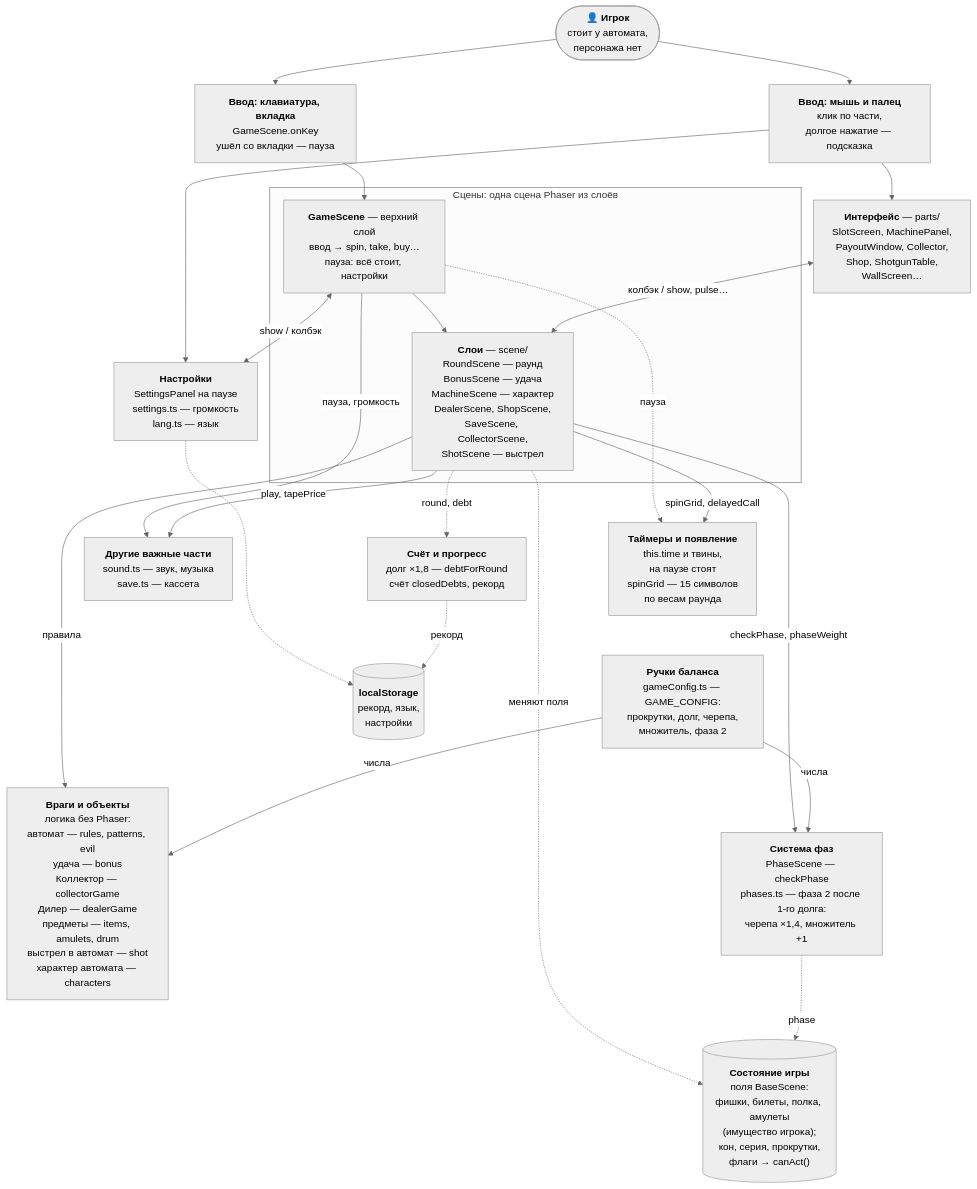
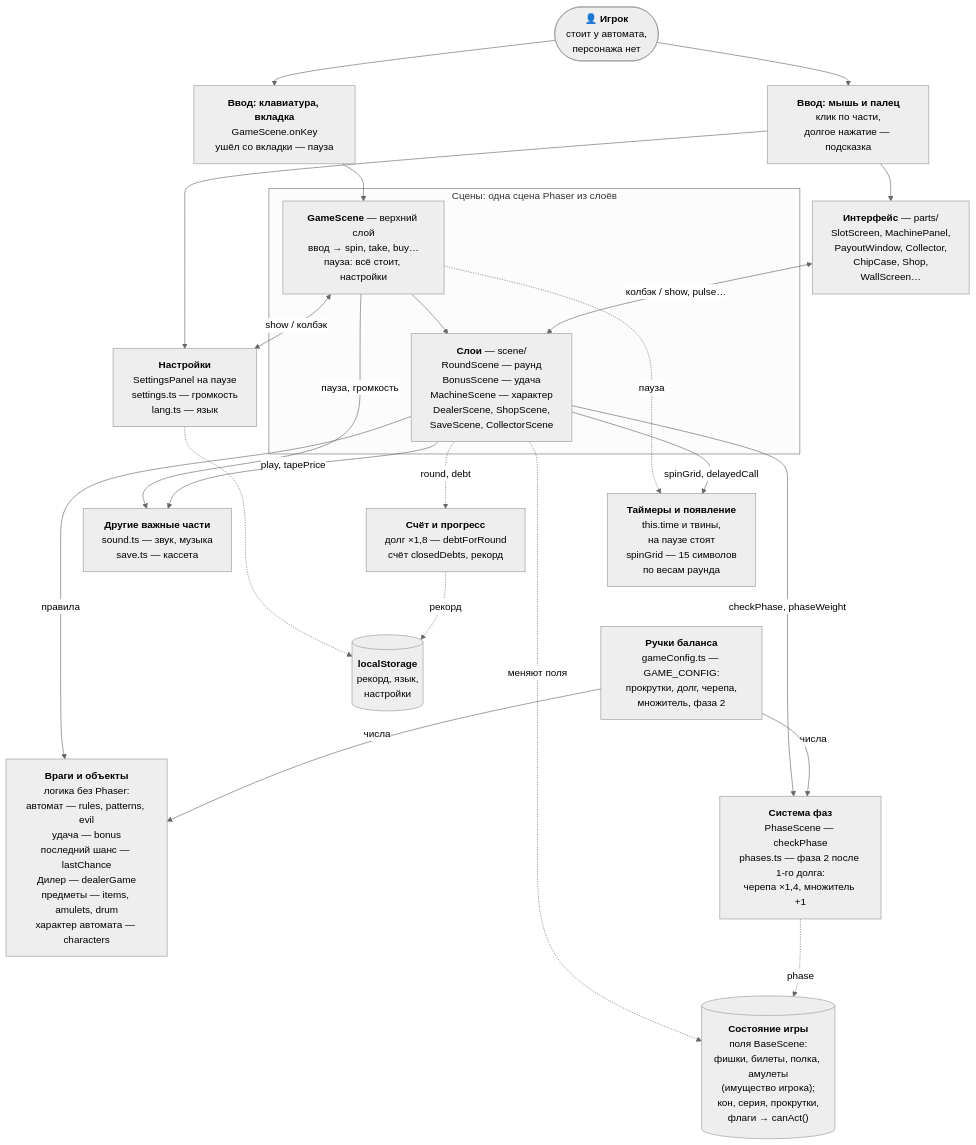
One commit to LILcmetanka/dolgovaya-yama changed the first of 3 diagrams in ARCHITECTURE.md. Above: the diagram before and after it, drawn with Mermaid (neutral theme). The commit also changed other lines of this file and 45 other files, not shown here.

First line of the commit message:
feat: amulet copies, machine change event, items, rerolls, last chance

````diff
--- a/ARCHITECTURE.md
+++ b/ARCHITECTURE.md
@@ -15,44 +15,44 @@
 ```mermaid
 %%{init: {"flowchart": {"nodeSpacing": 20, "rankSpacing": 40}}}%%
 flowchart TB
   PERSON(["👤 <b>Игрок</b><br/>стоит у автомата,<br/>персонажа нет"])
   KEYS["<b>Ввод: клавиатура, вкладка</b><br/>GameScene.onKey<br/>ушёл со вкладки — пауза"]
   POINTER["<b>Ввод: мышь и палец</b><br/>клик по части,<br/>долгое нажатие — подсказка"]
   subgraph SCENE["Сцены: одна сцена Phaser из слоёв"]
     GS["<b>GameScene</b> — верхний слой<br/>ввод → spin, take, buy…<br/>пауза: всё стоит, настройки"]
-    LAYERS["<b>Слои</b> — scene/<br/>RoundScene — раунд<br/>BonusScene — удача<br/>MachineScene — характер<br/>DealerScene, ShopScene,<br/>SaveScene, CollectorScene,<br/>ShotScene — выстрел"]
+    LAYERS["<b>Слои</b> — scene/<br/>RoundScene — раунд<br/>BonusScene — удача<br/>MachineScene — характер<br/>DealerScene, ShopScene,<br/>SaveScene, CollectorScene"]
   end
-  UI["<b>Интерфейс</b> — parts/<br/>SlotScreen, MachinePanel,<br/>PayoutWindow, Collector,<br/>Shop, ShotgunTable,<br/>WallScreen…"]
+  UI["<b>Интерфейс</b> — parts/<br/>SlotScreen, MachinePanel,<br/>PayoutWindow, Collector,<br/>ChipCase, Shop,<br/>WallScreen…"]
   SETTINGS["<b>Настройки</b><br/>SettingsPanel на паузе<br/>settings.ts — громкость<br/>lang.ts — язык"]
-  WORLD["<b>Враги и объекты</b><br/>логика без Phaser:<br/>автомат — rules, patterns, evil<br/>удача — bonus<br/>Коллектор — collectorGame<br/>Дилер — dealerGame<br/>предметы — items, amulets, drum<br/>выстрел в автомат — shot<br/>характер автомата — characters"]
+  WORLD["<b>Враги и объекты</b><br/>логика без Phaser:<br/>автомат — rules, patterns, evil<br/>удача — bonus<br/>последний шанс — lastChance<br/>Дилер — dealerGame<br/>предметы — items, amulets, drum<br/>характер автомата — characters"]
   PHASES["<b>Система фаз</b><br/>PhaseScene — checkPhase<br/>phases.ts — фаза 2 после 1-го долга:<br/>черепа ×1,4, множитель +1"]
   CONFIG["<b>Ручки баланса</b><br/>gameConfig.ts — GAME_CONFIG:<br/>прокрутки, долг, черепа,<br/>множитель, фаза 2"]
   SCORE["<b>Счёт и прогресс</b><br/>долг ×1,8 — debtForRound<br/>счёт closedDebts, рекорд"]
   OTHER["<b>Другие важные части</b><br/>sound.ts — звук, музыка<br/>save.ts — кассета"]
   STATE[("<b>Состояние игры</b><br/>поля BaseScene:<br/>фишки, билеты, полка, амулеты<br/>(имущество игрока);<br/>кон, серия, прокрутки,<br/>флаги → canAct()")]
   TIMERS["<b>Таймеры и появление</b><br/>this.time и твины,<br/>на паузе стоят<br/>spinGrid — 15 символов<br/>по весам раунда"]
   STORAGE[("<b>localStorage</b><br/>рекорд, язык,<br/>настройки")]
 
   PERSON --> KEYS & POINTER
   KEYS --> GS
   POINTER --> UI
   POINTER --> SETTINGS
   GS --> LAYERS
   UI <-->|колбэк / show, pulse…| LAYERS
   GS <-->|show / колбэк| SETTINGS
   GS -->|пауза, громкость| OTHER
   GS -.->|пауза| TIMERS
   LAYERS -->|правила| WORLD
   LAYERS -->|checkPhase, phaseWeight| PHASES
   LAYERS -->|play, tapePrice| OTHER
   LAYERS -.->|round, debt| SCORE
   LAYERS -.->|меняют поля| STATE
   PHASES -.->|phase| STATE
   LAYERS -->|spinGrid, delayedCall| TIMERS
   CONFIG -->|числа| WORLD
   CONFIG -->|числа| PHASES
   %% невидимая связь — не вызов, а подсказка раскладке, чтобы схема была уже
   TIMERS ~~~ CONFIG
   SETTINGS -.-> STORAGE
   SCORE -.->|рекорд| STORAGE
 ```
````
